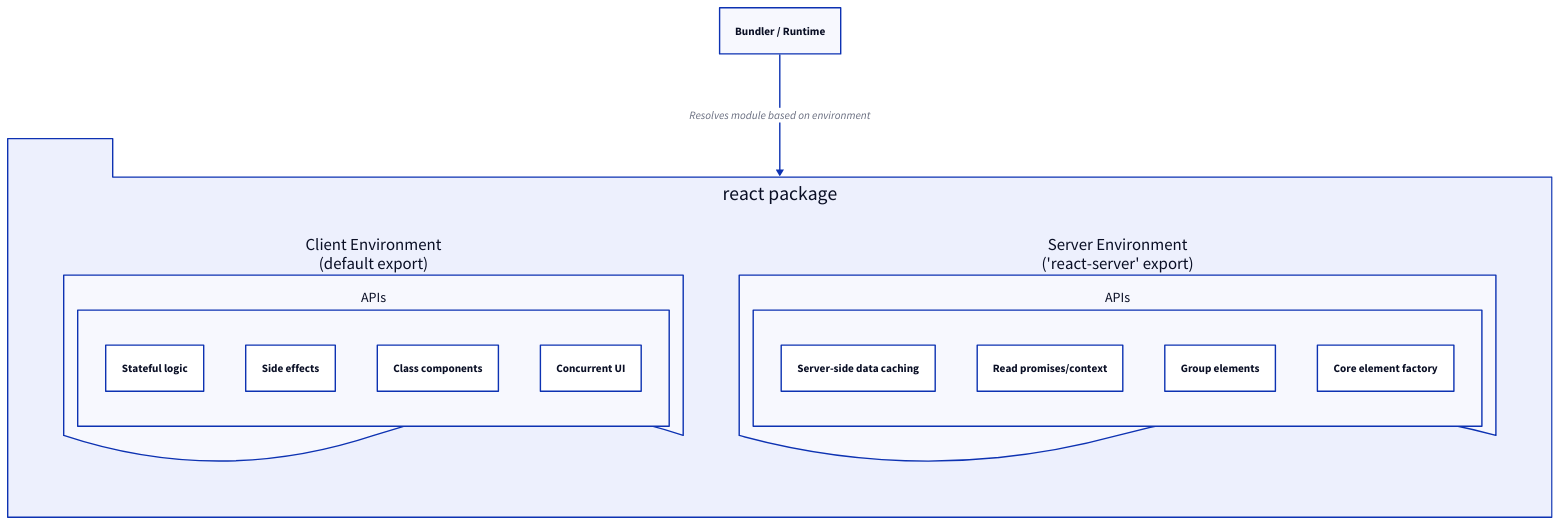
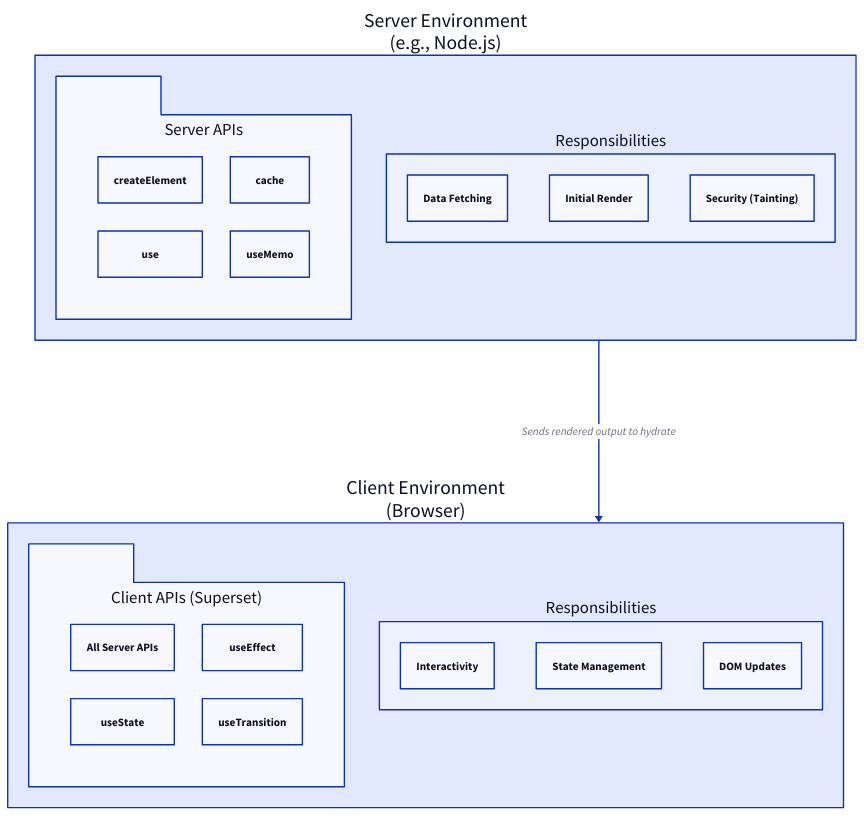
Before and after one commit to lban2049/react: the diagram in packages/react/.aigne/doc-smith/docs/advanced-server-vs-client.md, drawn with D2. The commit also changed other lines of this file and 46 other files, not shown here.

````diff
--- a/packages/react/.aigne/doc-smith/docs/advanced-server-vs-client.md
+++ b/packages/react/.aigne/doc-smith/docs/advanced-server-vs-client.md
@@ -30,37 +7,50 @@
 ```d2
 direction: down
 
-"Bundler / Runtime": {
+Server-Environment: {
+  label: "Server Environment\n(e.g., Node.js)"
   shape: rectangle
-}
 
-"react package": {
-  shape: package
-  grid-columns: 2
-  grid-gap: 80
+  APIs: {
+    shape: package
+    label: "Server APIs"
+    grid-columns: 2
 
-  "Client Entry (`index.js`)": {
-    label: "Client Environment\n(default export)"
-    shape: document
-    "APIs": {
-      "useState": "Stateful logic"
-      "useEffect": "Side effects"
-      "Component": "Class components"
-      "startTransition": "Concurrent UI"
-    }
+    createElement: "createElement"
+    use: "use"
+    cache: "cache"
+    useMemo: "useMemo"
   }
 
-  "Server Entry (`react.react-server.js`)": {
-    label: "Server Environment\n('react-server' export)"
-    shape: document
-    "APIs": {
-      "cache": "Server-side data caching"
-      "use": "Read promises/context"
-      "Fragment": "Group elements"
-      "createElement": "Core element factory"
-    }
+  Responsibilities: {
+    label: "Responsibilities"
+    Data-Fetching: "Data Fetching"
+    Initial-Render: "Initial Render"
+    Security: "Security (Tainting)"
   }
 }
 
-"Bundler / Runtime" -> "react package": "Resolves module based on environment"
+Client-Environment: {
+  label: "Client Environment\n(Browser)"
+  shape: rectangle
+
+  APIs: {
+    shape: package
+    label: "Client APIs (Superset)"
+    grid-columns: 2
+
+    All-Server-APIs: "All Server APIs"
+    useState: "useState"
+    useEffect: "useEffect"
+    useTransition: "useTransition"
+  }
+   Responsibilities: {
+    label: "Responsibilities"
+    Interactivity: "Interactivity"
+    State-Management: "State Management"
+    DOM-Updates: "DOM Updates"
+  }
+}
+
+Server-Environment -> Client-Environment: "Sends rendered output to hydrate"
 ```
````
